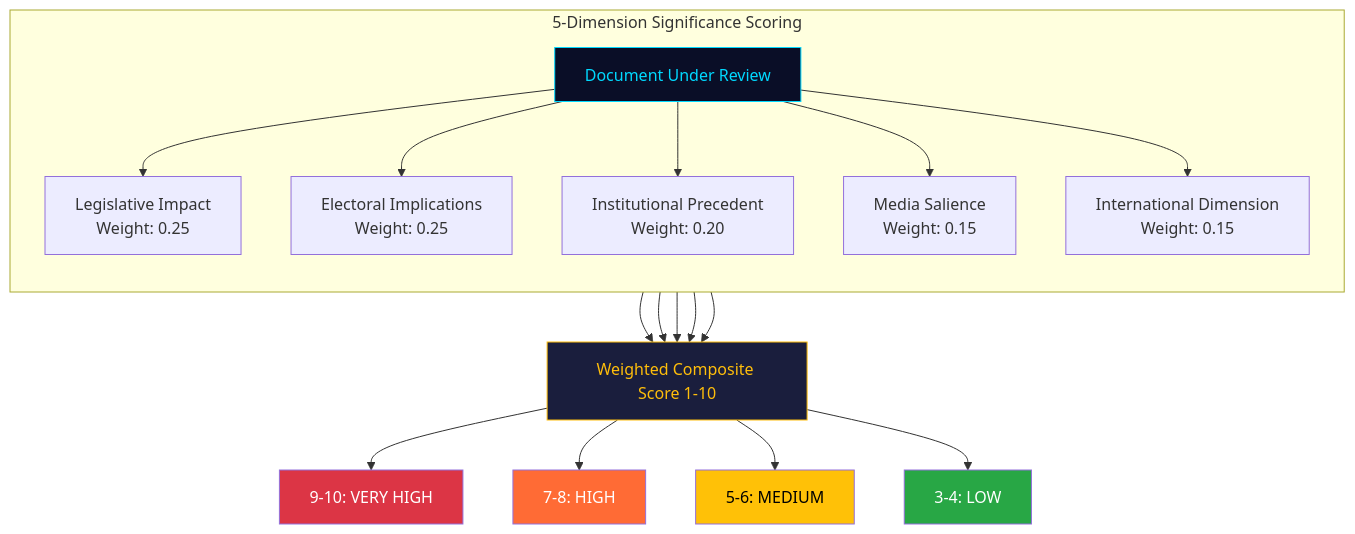
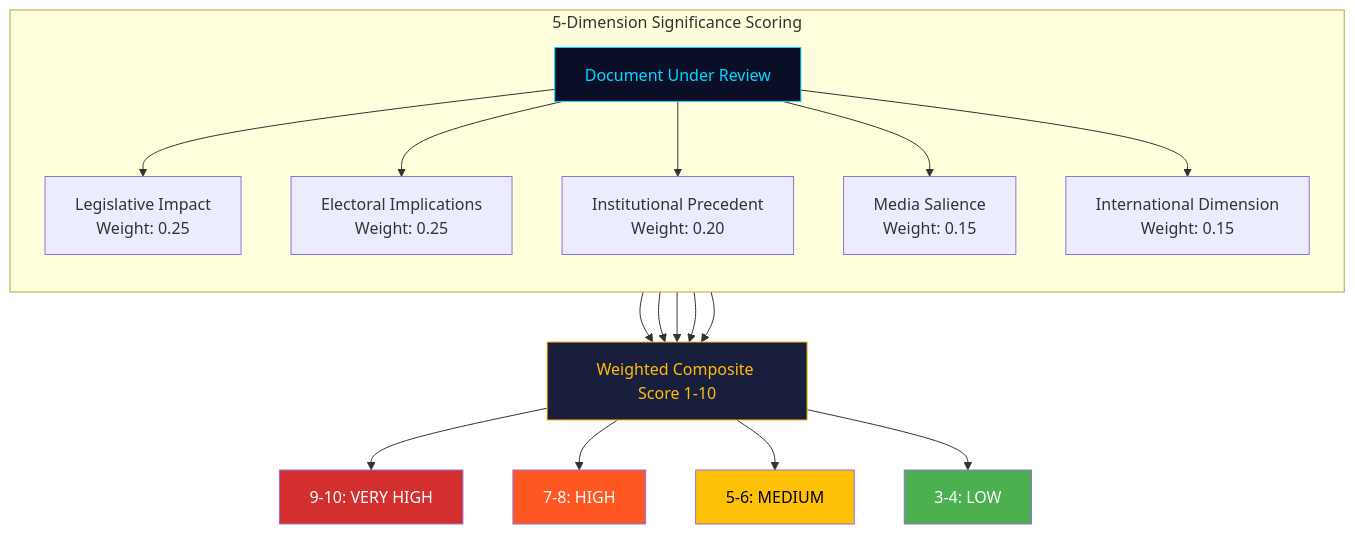
The first of 2 diagrams in analysis/daily/2026-04-11/evening-analysis/significance-scoring.md (Hack23/riksdagsmonitor), drawn with Mermaid before and after one commit. The commit also changed other lines of this file and 785 other files, not shown here.

First line of the commit message:
Normalize mermaid colors across 786 analysis artifacts to ISMS Style Guide palette

````diff
--- a/analysis/daily/2026-04-11/evening-analysis/significance-scoring.md
+++ b/analysis/daily/2026-04-11/evening-analysis/significance-scoring.md
@@ -19,26 +19,26 @@
 ```mermaid
 graph TD
     subgraph "5-Dimension Significance Scoring"
         direction TB
         DOC["Document Under Review"] --> LI["Legislative Impact<br/>Weight: 0.25"]
         DOC --> EI["Electoral Implications<br/>Weight: 0.25"]
         DOC --> IP["Institutional Precedent<br/>Weight: 0.20"]
         DOC --> MS["Media Salience<br/>Weight: 0.15"]
         DOC --> ID["International Dimension<br/>Weight: 0.15"]
     end
     LI --> AGG["Weighted Composite Score 1-10"]
     EI --> AGG
     IP --> AGG
     MS --> AGG
     ID --> AGG
     AGG --> VH["9-10: VERY HIGH"]
     AGG --> HI["7-8: HIGH"]
     AGG --> MD["5-6: MEDIUM"]
     AGG --> LO["3-4: LOW"]
     style DOC fill:#0a0e27,color:#00d9ff,stroke:#00d9ff
     style AGG fill:#1a1e3d,color:#ffbe0b,stroke:#ffbe0b
-    style VH fill:#dc3545,color:#fff
-    style HI fill:#ff6b35,color:#fff
-    style MD fill:#ffc107,color:#000
-    style LO fill:#28a745,color:#fff
+    style VH fill:#D32F2F,color:#FFFFFF
+    style HI fill:#FF5722,color:#FFFFFF
+    style MD fill:#FFC107,color:#000000
+    style LO fill:#4CAF50,color:#FFFFFF
 ```
````
